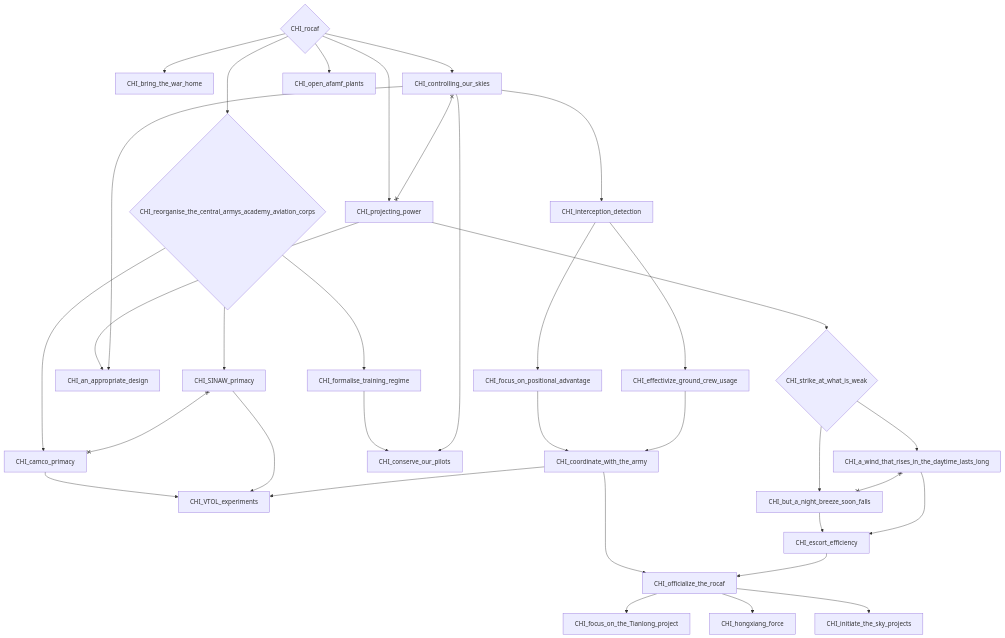
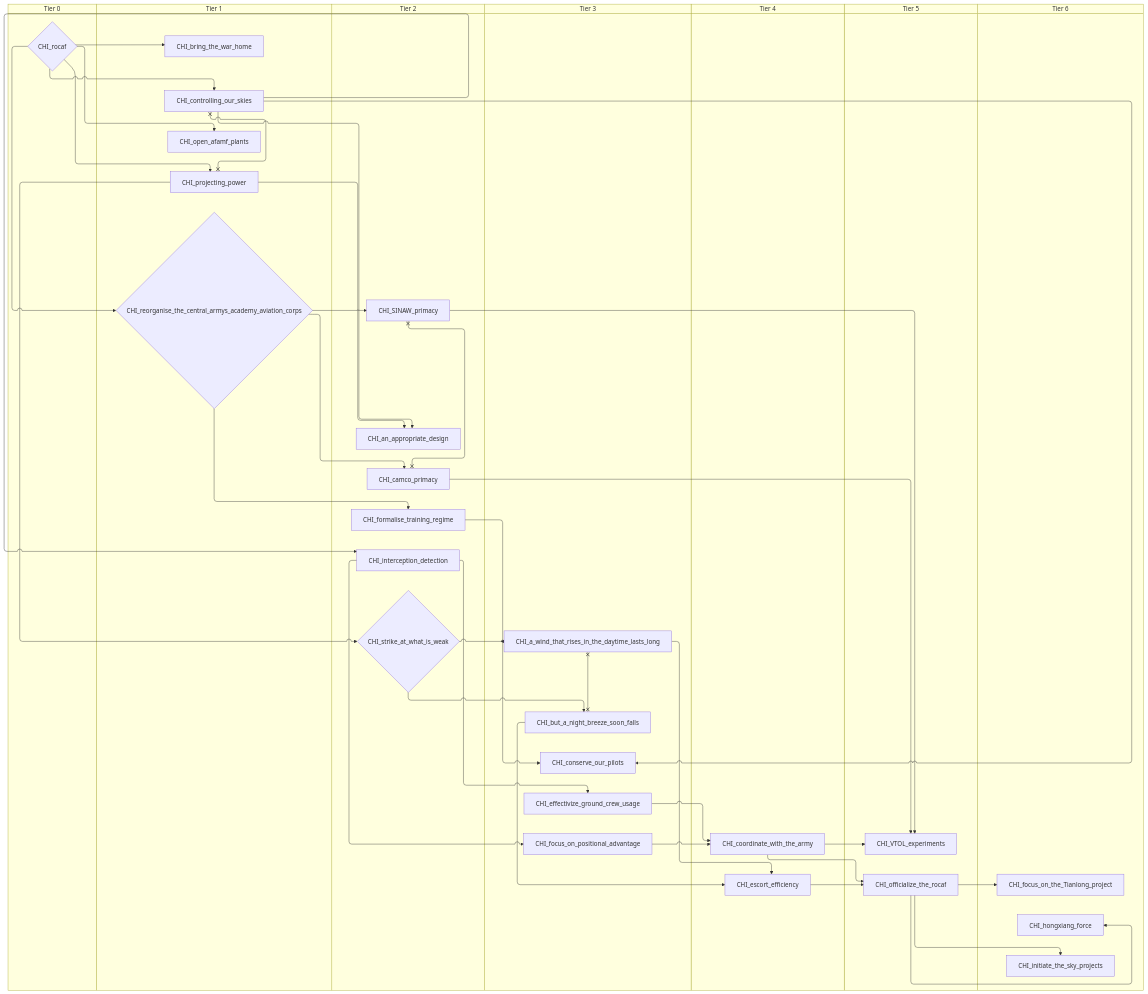
Before and after one commit to evgeny-sobol/hoi4-sandbox-mode-r56: the sixth of 7 diagrams in docs/gdd/National Focuses/china_nationalist_sea.md, drawn with Mermaid. The commit also changed other lines of this file and 423 other files, not shown here.

First line of the commit message:
Re-export Rt56 focus trees as swimlane diagrams

````diff
--- a/docs/gdd/National Focuses/china_nationalist_sea.md
+++ b/docs/gdd/National Focuses/china_nationalist_sea.md
@@ -624,60 +702,74 @@
 ```mermaid
-flowchart TD
-    n245["CHI_SINAW_primacy"]
-    n246["CHI_VTOL_experiments"]
-    n247["CHI_a_wind_that_rises_in_the_daytime_lasts_long"]
-    n248["CHI_an_appropriate_design"]
-    n249["CHI_bring_the_war_home"]
-    n250["CHI_but_a_night_breeze_soon_falls"]
-    n251["CHI_camco_primacy"]
-    n252["CHI_conserve_our_pilots"]
-    n253["CHI_controlling_our_skies"]
-    n254["CHI_coordinate_with_the_army"]
-    n255["CHI_effectivize_ground_crew_usage"]
-    n256["CHI_escort_efficiency"]
-    n257["CHI_focus_on_positional_advantage"]
-    n258["CHI_focus_on_the_Tianlong_project"]
-    n259["CHI_formalise_training_regime"]
-    n260["CHI_hongxiang_force"]
-    n261["CHI_initiate_the_sky_projects"]
-    n262["CHI_interception_detection"]
-    n263["CHI_officialize_the_rocaf"]
-    n264["CHI_open_afamf_plants"]
-    n265["CHI_projecting_power"]
-    n266{"CHI_reorganise_the_central_armys_academy_aviation_corps"}
-    n267{"CHI_rocaf"}
-    n268{"CHI_strike_at_what_is_weak"}
-    n266 --> n245
-    n251 --> n246
+swimlane-beta TD
+    subgraph tier_0["Tier 0"]
+        n245{"CHI_rocaf"}
+    end
+    subgraph tier_1["Tier 1"]
+        n246["CHI_bring_the_war_home"]
+        n247["CHI_controlling_our_skies"]
+        n248["CHI_open_afamf_plants"]
+        n249["CHI_projecting_power"]
+        n250{"CHI_reorganise_the_central_armys_academy_aviation_corps"}
+    end
+    subgraph tier_2["Tier 2"]
+        n251["CHI_SINAW_primacy"]
+        n252["CHI_an_appropriate_design"]
+        n253["CHI_camco_primacy"]
+        n254["CHI_formalise_training_regime"]
+        n255["CHI_interception_detection"]
+        n256{"CHI_strike_at_what_is_weak"}
+    end
+    subgraph tier_3["Tier 3"]
+        n257["CHI_a_wind_that_rises_in_the_daytime_lasts_long"]
+        n258["CHI_but_a_night_breeze_soon_falls"]
+        n259["CHI_conserve_our_pilots"]
+        n260["CHI_effectivize_ground_crew_usage"]
+        n261["CHI_focus_on_positional_advantage"]
+    end
+    subgraph tier_4["Tier 4"]
+        n262["CHI_coordinate_with_the_army"]
+        n263["CHI_escort_efficiency"]
+    end
+    subgraph tier_5["Tier 5"]
+        n264["CHI_VTOL_experiments"]
+        n265["CHI_officialize_the_rocaf"]
+    end
+    subgraph tier_6["Tier 6"]
+        n266["CHI_focus_on_the_Tianlong_project"]
+        n267["CHI_hongxiang_force"]
+        n268["CHI_initiate_the_sky_projects"]
+    end
+    n250 --> n251
+    n253 --> n264
+    n251 --> n264
+    n262 --> n264
+    n256 --> n257
+    n249 --> n252
+    n247 --> n252
     n245 --> n246
-    n254 --> n246
-    n268 --> n247
-    n265 --> n248
-    n253 --> n248
-    n267 --> n249
-    n268 --> n250
-    n266 --> n251
-    n259 --> n252
-    n253 --> n252
-    n267 --> n253
-    n257 --> n254
-    n255 --> n254
-    n262 --> n255
-    n250 --> n256
-    n247 --> n256
-    n262 --> n257
-    n263 --> n258
-    n266 --> n259
-    n263 --> n260
-    n263 --> n261
-    n253 --> n262
-    n254 --> n263
-    n256 --> n263
-    n267 --> n264
-    n267 --> n265
-    n267 --> n266
+    n256 --> n258
+    n250 --> n253
+    n254 --> n259
+    n247 --> n259
+    n245 --> n247
+    n261 --> n262
+    n260 --> n262
+    n255 --> n260
+    n258 --> n263
+    n257 --> n263
+    n255 --> n261
+    n265 --> n266
+    n250 --> n254
+    n265 --> n267
     n265 --> n268
-    n245 x--x n251
-    n247 x--x n250
-    n253 x--x n265
+    n247 --> n255
+    n262 --> n265
+    n263 --> n265
+    n245 --> n248
+    n245 --> n249
+    n245 --> n250
+    n249 --> n256
+    n251 x--x n253
+    n257 x--x n258
+    n247 x--x n249
 ```
````
